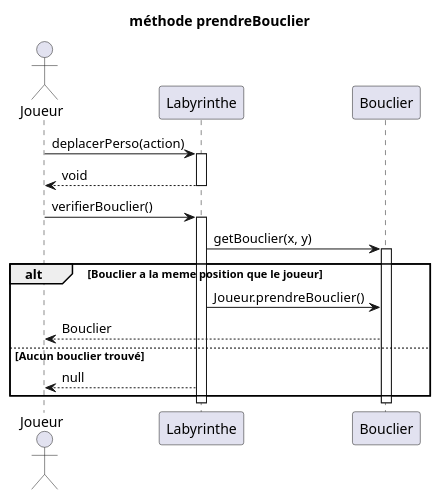
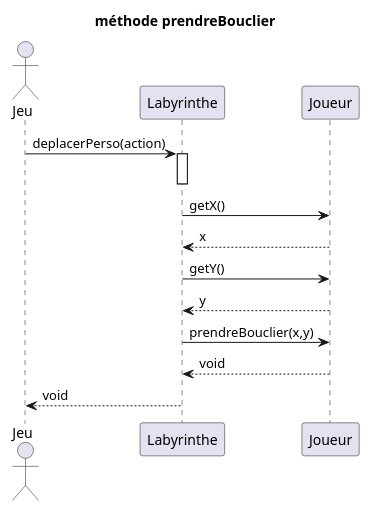
One commit to Packingdustry/2024_Zeldiablo_massoncl1u_delaborde2u_e2074u_marti1228u_e2920u changed the diagram in projet_zeldiablo/documents/version_4/prendreBouclier.puml. Above: the diagram before and after it, drawn with PlantUML. The commit also changed 2 other files, not shown here.

Commit message:
prendreBouclier diag seq3

```diff
--- a/projet_zeldiablo/documents/version_4/prendreBouclier.puml
+++ b/projet_zeldiablo/documents/version_4/prendreBouclier.puml
@@ -1,24 +1,19 @@
 @startuml
 title méthode prendreBouclier
-actor Joueur
+actor Jeu
 participant Labyrinthe
-participant Bouclier
 
-Joueur -> Labyrinthe: deplacerPerso(action)
+Jeu -> Labyrinthe: deplacerPerso(action)
 activate Labyrinthe
-Labyrinthe --> Joueur: void
 deactivate Labyrinthe
 
-Joueur -> Labyrinthe: verifierBouclier()
-activate Labyrinthe
-Labyrinthe -> Bouclier: getBouclier(x, y)
-activate Bouclier
-alt Bouclier a la meme position que le joueur
-    Labyrinthe -> Bouclier: Joueur.prendreBouclier()
-    Bouclier --> Joueur: Bouclier
-else Aucun bouclier trouvé
-    Labyrinthe --> Joueur: null
-end
-deactivate Bouclier
+Labyrinthe -> Joueur : getX()
+Joueur --> Labyrinthe : x
+Labyrinthe -> Joueur : getY()
+Joueur --> Labyrinthe : y
+
+Labyrinthe -> Joueur : prendreBouclier(x,y)
+Joueur --> Labyrinthe : void
+Labyrinthe --> Jeu: void
 deactivate Labyrinthe
 @enduml
```
